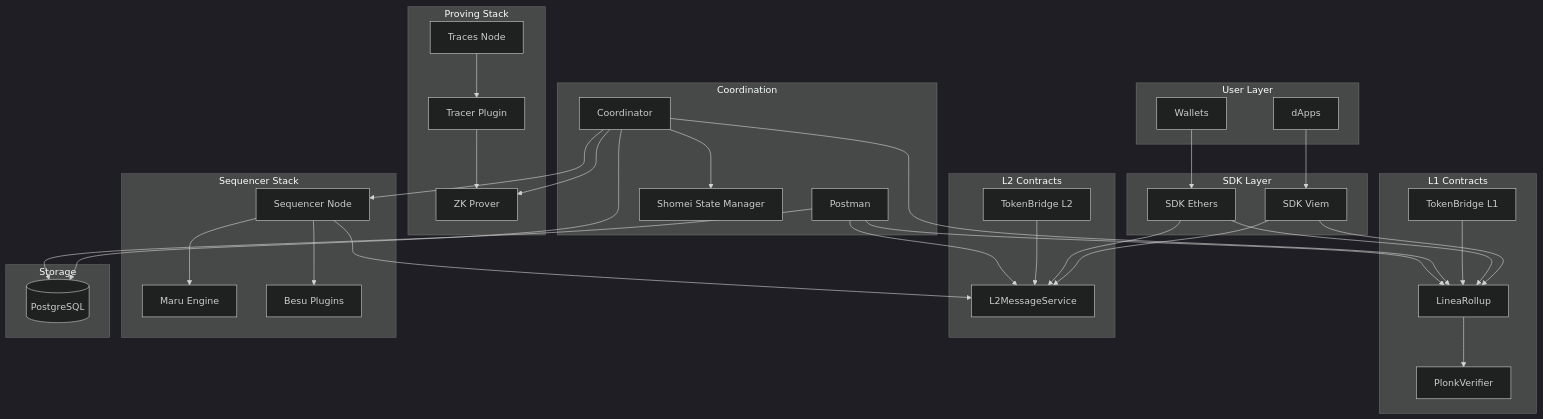
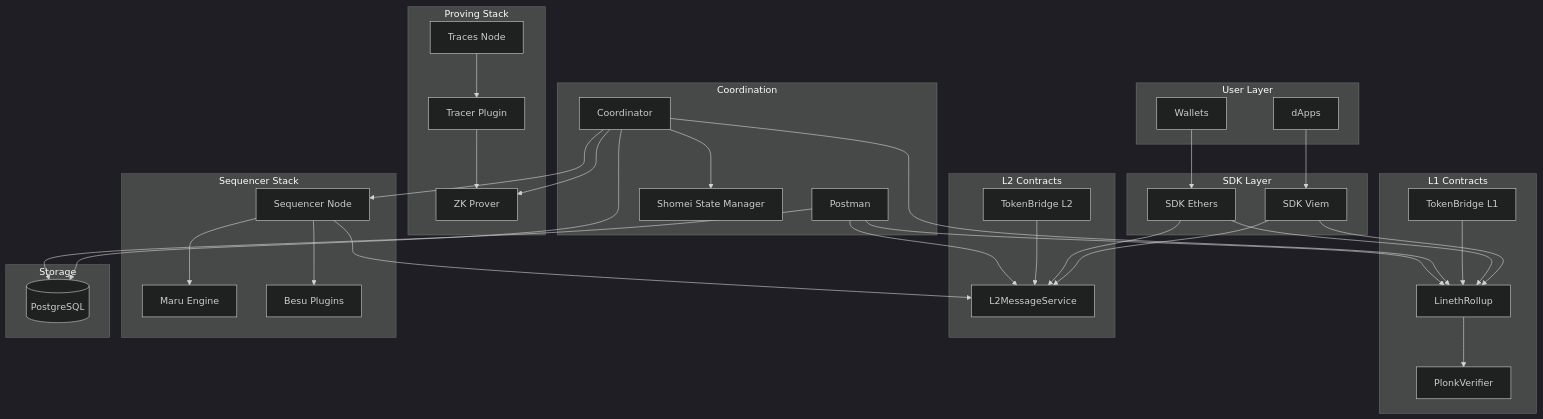
Before and after one commit to LFDT-Lineth/lineth-monorepo: the diagram in docs/tech/diagrams/component-interactions.mmd, drawn with Mermaid (dark theme). The commit also changed 248 other files, not shown here.

First line of the commit message:
chore(contracts): rename LineaRollup to LinethRollup

```diff
--- a/docs/tech/diagrams/component-interactions.mmd
+++ b/docs/tech/diagrams/component-interactions.mmd
@@ -1,72 +1,72 @@
 graph TB
     subgraph "User Layer"
         DAPP[dApps]
         WALLET[Wallets]
     end
     
     subgraph "SDK Layer"
         SDK_VIEM[SDK Viem]
         SDK_ETHERS[SDK Ethers]
     end
     
     subgraph "L1 Contracts"
-        ROLLUP[LineaRollup]
+        ROLLUP[LinethRollup]
         VERIFIER[PlonkVerifier]
         L1BRIDGE[TokenBridge L1]
     end
     
     subgraph "L2 Contracts"
         L2MSG[L2MessageService]
         L2BRIDGE[TokenBridge L2]
     end
     
     subgraph "Sequencer Stack"
         SEQ[Sequencer Node]
         MARU[Maru Engine]
         PLUGINS[Besu Plugins]
     end
     
     subgraph "Proving Stack"
         TRACES[Traces Node]
         TRACER[Tracer Plugin]
         PROVER[ZK Prover]
     end
     
     subgraph "Coordination"
         COORD[Coordinator]
         POSTMAN[Postman]
         SHOMEI[Shomei State Manager]
     end
     
     subgraph "Storage"
         PG[(PostgreSQL)]
     end
     
     DAPP --> SDK_VIEM
     WALLET --> SDK_ETHERS
 
     SDK_VIEM --> ROLLUP
     SDK_VIEM --> L2MSG
     SDK_ETHERS --> ROLLUP
     SDK_ETHERS --> L2MSG
     
     ROLLUP --> VERIFIER
     L1BRIDGE --> ROLLUP
     L2BRIDGE --> L2MSG
     
     SEQ --> MARU
     SEQ --> PLUGINS
     SEQ --> L2MSG
     
     TRACES --> TRACER
     TRACER --> PROVER
     
     COORD --> PROVER
     COORD --> ROLLUP
     COORD --> SEQ
     COORD --> SHOMEI
     COORD --> PG
     
     POSTMAN --> ROLLUP
     POSTMAN --> L2MSG
     POSTMAN --> PG
```
